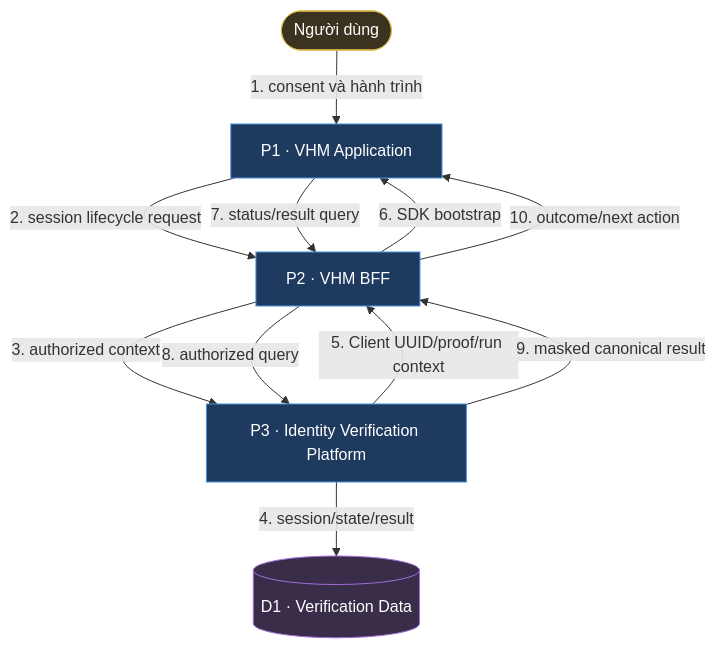
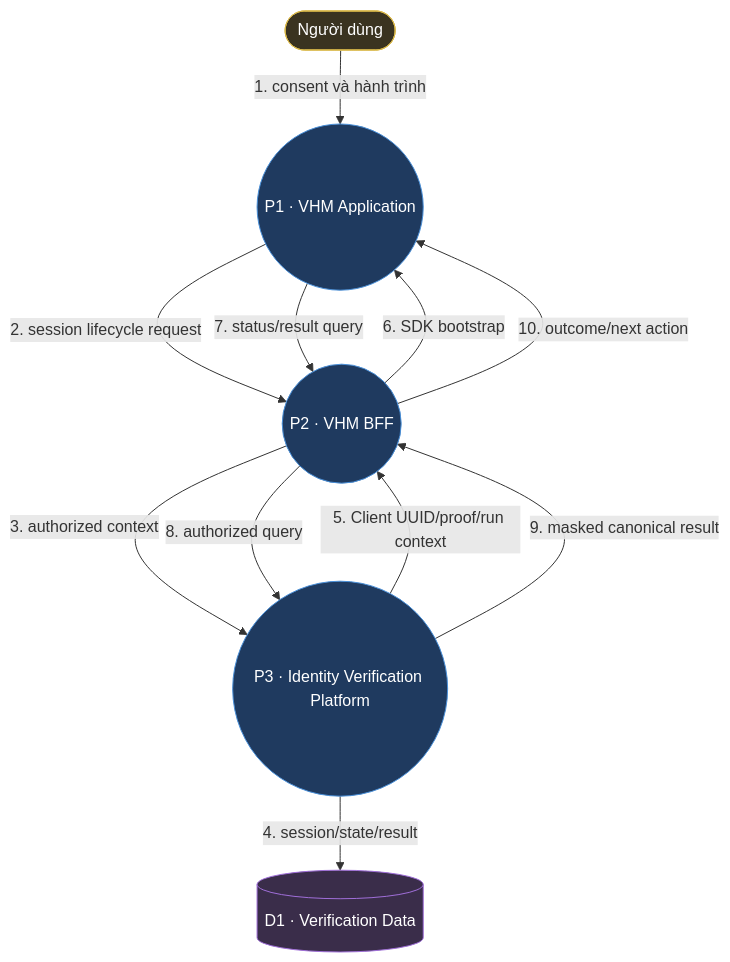
Before and after one commit to huynv-xyz/vhm: the seventh of 16 diagrams in README.md, drawn with Mermaid. The commit also changed other lines of this file, not shown here.

````diff
--- a/README.md
+++ b/README.md
@@ -977,23 +977,23 @@
 ```mermaid
 flowchart TB
     USER(["Người dùng"]):::entity
-    APP["P1 · VHM Application"]:::process
-    BFF["P2 · VHM BFF"]:::process
-    IVP["P3 · Identity Verification Platform"]:::process
+    APP(("P1 · VHM Application")):::process
+    BFF(("P2 · VHM BFF")):::process
+    IVP(("P3 · Identity Verification Platform")):::process
     DB[("D1 · Verification Data")]:::datastore
 
     USER -->|"1. consent và hành trình"| APP
     APP -->|"2. session lifecycle request"| BFF
     BFF -->|"3. authorized context"| IVP
     IVP -->|"4. session/state/result"| DB
     IVP -->|"5. Client UUID/proof/run context"| BFF
     BFF -->|"6. SDK bootstrap"| APP
     APP -->|"7. status/result query"| BFF
     BFF -->|"8. authorized query"| IVP
     IVP -->|"9. masked canonical result"| BFF
     BFF -->|"10. outcome/next action"| APP
 
     classDef entity fill:#3a3320,stroke:#d9b84a,color:#fff;
     classDef process fill:#1f3a5f,stroke:#4a90d9,color:#fff;
     classDef datastore fill:#3a2d4a,stroke:#a06fd9,color:#fff;
 ```
````
